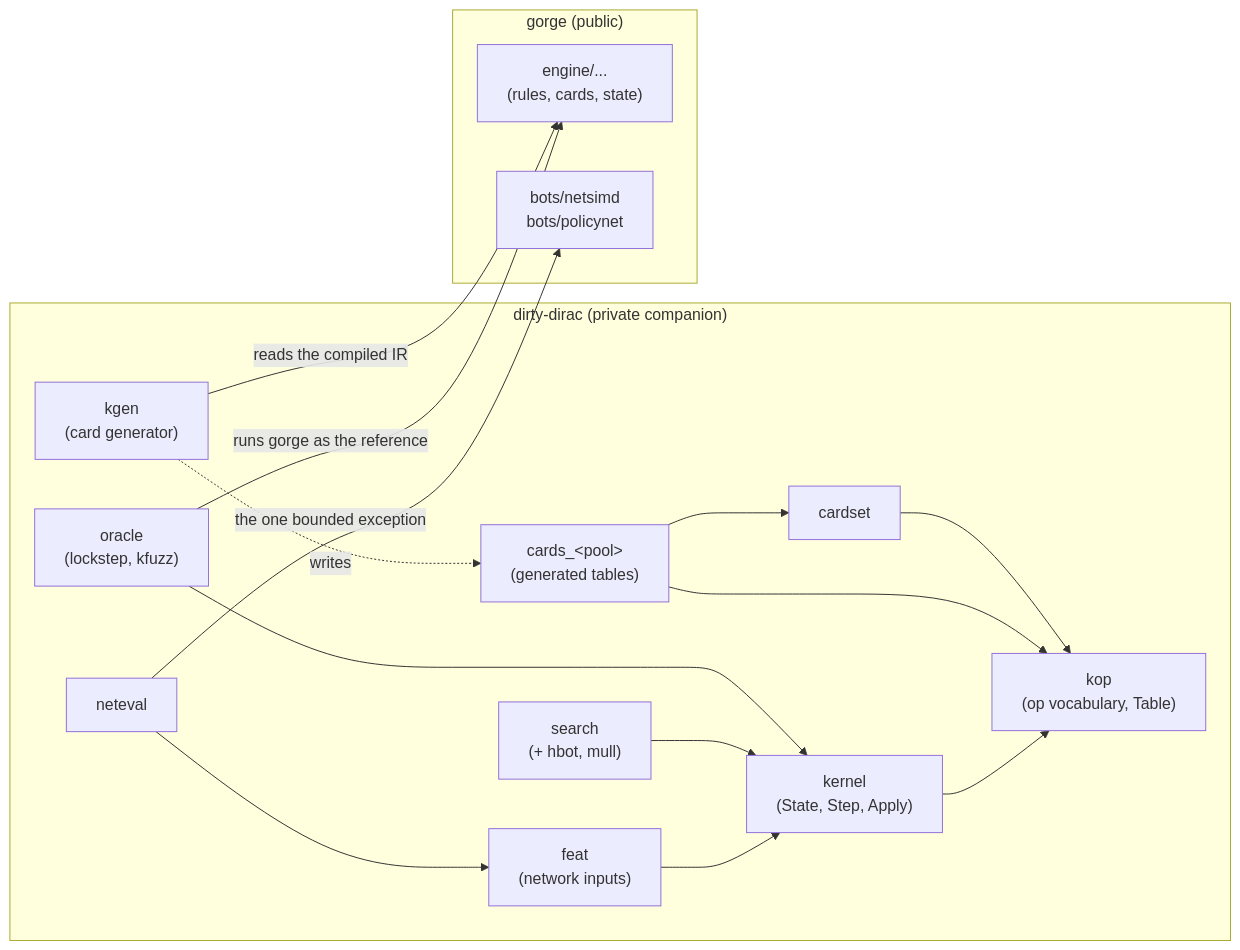
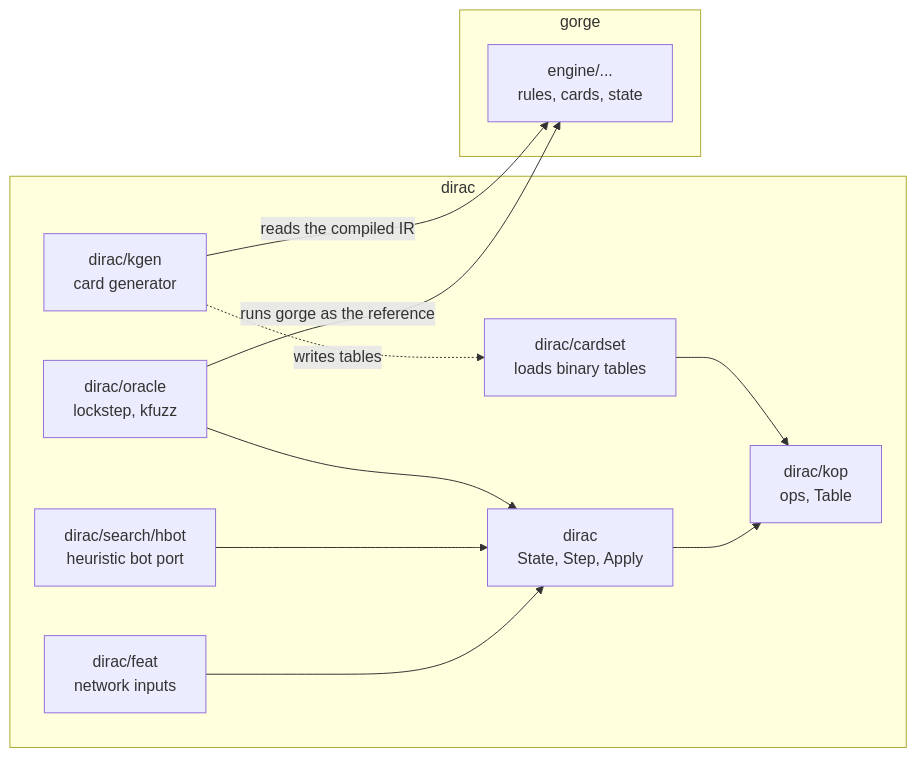
The diagram in docs/site/architecture/dirac/index.md (adams-shaun/gorge), drawn with Mermaid before and after one commit. The commit also changed other lines of this file and 5 other files, not shown here.

Commit message:
docs(dirac): the pages describe the engine as it is: dynamic State, binary tables, named stalls, what lockstep proves

````diff
--- a/docs/site/architecture/dirac/index.md
+++ b/docs/site/architecture/dirac/index.md
@@ -139,21 +117,16 @@
 ```mermaid
 flowchart LR
-  subgraph fy["dirty-dirac (private companion)"]
-    kernel["kernel<br/>(State, Step, Apply)"] --> kop["kop<br/>(op vocabulary, Table)"]
-    cards["cards_&lt;pool&gt;<br/>(generated tables)"] --> kop
-    cardset --> kop
-    cards --> cardset
-    feat["feat<br/>(network inputs)"] --> kernel
-    search["search<br/>(+ hbot, mull)"] --> kernel
-    neteval --> feat
-    oracle["oracle<br/>(lockstep, kfuzz)"] --> kernel
-    kgen["kgen<br/>(card generator)"] -.->|writes| cards
+  subgraph d["dirac"]
+    dirac["dirac<br/>State, Step, Apply"] --> kop["dirac/kop<br/>ops, Table"]
+    cardset["dirac/cardset<br/>loads binary tables"] --> kop
+    feat["dirac/feat<br/>network inputs"] --> dirac
+    hbot["dirac/search/hbot<br/>heuristic bot port"] --> dirac
+    oracle["dirac/oracle<br/>lockstep, kfuzz"] --> dirac
+    kgen["dirac/kgen<br/>card generator"] -.->|writes tables| cardset
   end
-  subgraph g["gorge (public)"]
-    engine["engine/...<br/>(rules, cards, state)"]
-    net["bots/netsimd<br/>bots/policynet"]
+  subgraph g["gorge"]
+    engine["engine/...<br/>rules, cards, state"]
   end
-  neteval -->|"the one bounded exception"| net
   oracle -->|"runs gorge as the reference"| engine
   kgen -->|"reads the compiled IR"| engine
 ```
````
